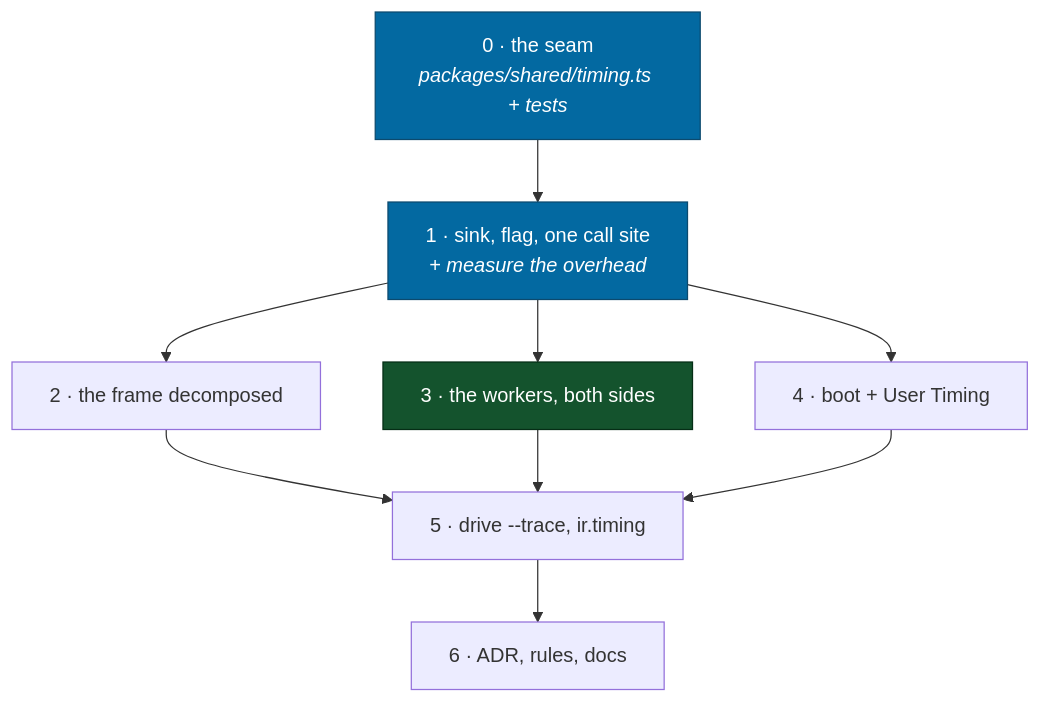
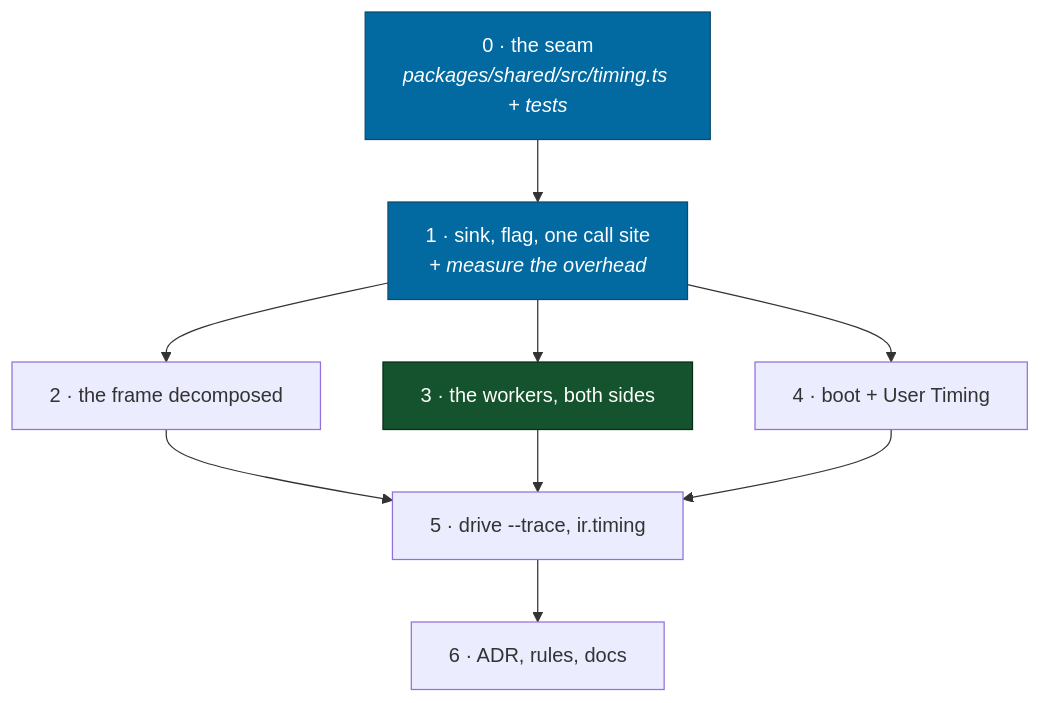
The third of 3 diagrams in docs/plans/the-timeline.md (jonjaques/inertialref), drawn with Mermaid before and after one commit. The commit also changed other lines of this file and 18 other files, not shown here.

````diff
--- a/docs/plans/the-timeline.md
+++ b/docs/plans/the-timeline.md
@@ -711,20 +718,20 @@
 ```mermaid
 flowchart TB
-    P0["0 · the seam<br/><i>packages/shared/timing.ts + tests</i>"]
+    P0["0 · the seam<br/><i>packages/shared/src/timing.ts + tests</i>"]
     P1["1 · sink, flag, one call site<br/><i>+ measure the overhead</i>"]
     P2["2 · the frame decomposed"]
     P3["3 · the workers, both sides"]
     P4["4 · boot + User Timing"]
     P5["5 · drive --trace, ir.timing"]
     P6["6 · ADR, rules, docs"]
     P0 --> P1 --> P2
     P1 --> P3
     P1 --> P4
     P2 --> P5
     P3 --> P5
     P4 --> P5
     P5 --> P6
     style P0 fill:#0369a1,stroke:#0c4a6e,color:#fff
     style P1 fill:#0369a1,stroke:#0c4a6e,color:#fff
     style P3 fill:#14532d,stroke:#052e16,color:#fff
 ```
````
